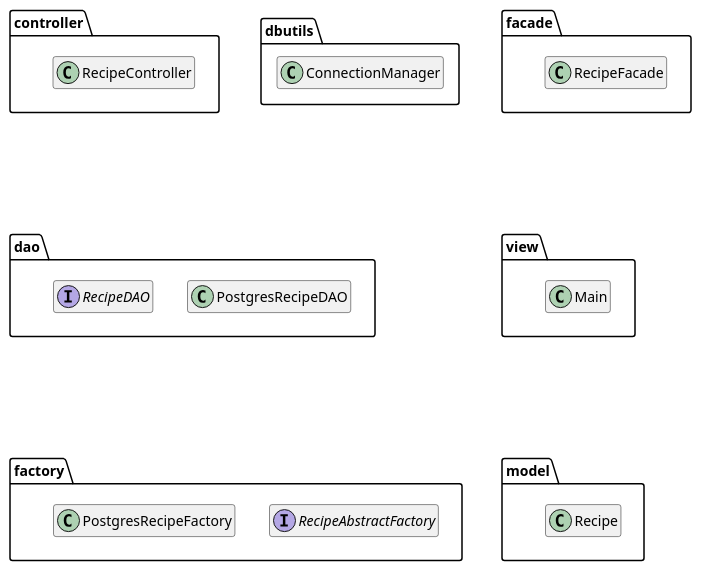
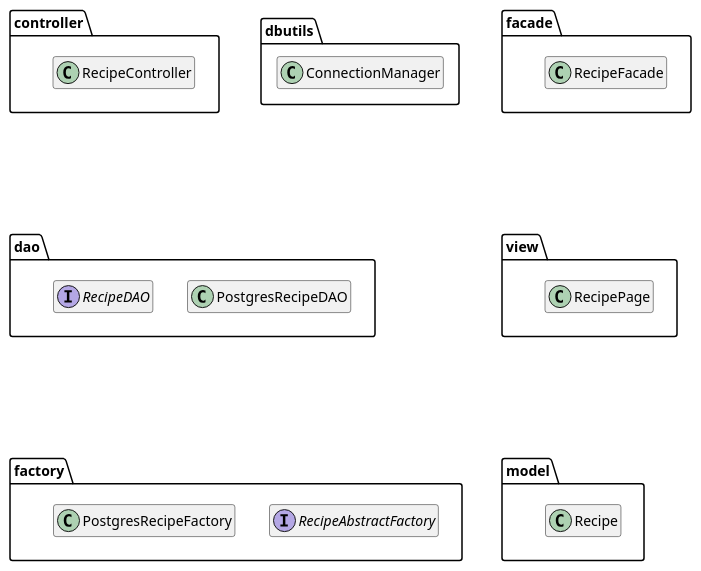
One commit to iusildra/WineCellar changed the diagram in doc/reports/prototype/plantuml/RecipeManagement/packageDiagramRecipe.plantuml. Above: the diagram before and after it, drawn with PlantUML. The commit also changed 6 other files, not shown here.

```diff
--- a/doc/reports/prototype/plantuml/RecipeManagement/packageDiagramRecipe.plantuml
+++ b/doc/reports/prototype/plantuml/RecipeManagement/packageDiagramRecipe.plantuml
@@ -1,38 +1,38 @@
 @startuml packageDiagram
 
 hide empty members
 package  controller{
   class RecipeController
 }
 
 package dao{
   class PostgresRecipeDAO
   interface RecipeDAO
 }
 
 package dbutils{
   class ConnectionManager
 }
 
 package facade{
   class RecipeFacade
 }
 
 package factory{
   interface RecipeAbstractFactory
   class PostgresRecipeFactory
 }
 
 package model{
   class Recipe
 }
-
+' less generic names
 package view{
-  class Main
+  class RecipePage
 }
-controller --[hidden]d-- dao
-facade --[hidden]d-- view
-dao --[hidden]d-- factory
-view --[hidden]d-- model
+controller  --[hidden]d-- dao
+facade      --[hidden]d-- view
+dao         --[hidden]d-- factory
+view        --[hidden]d-- model
 
 @enduml
```
